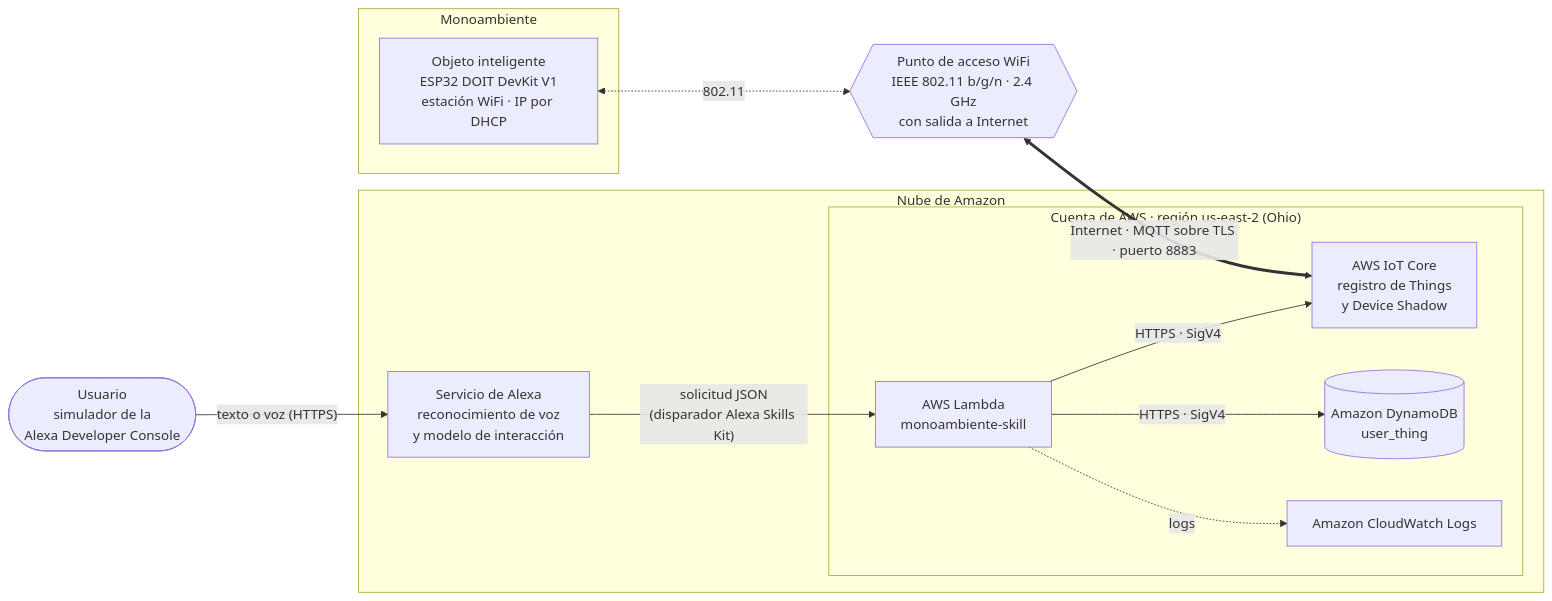
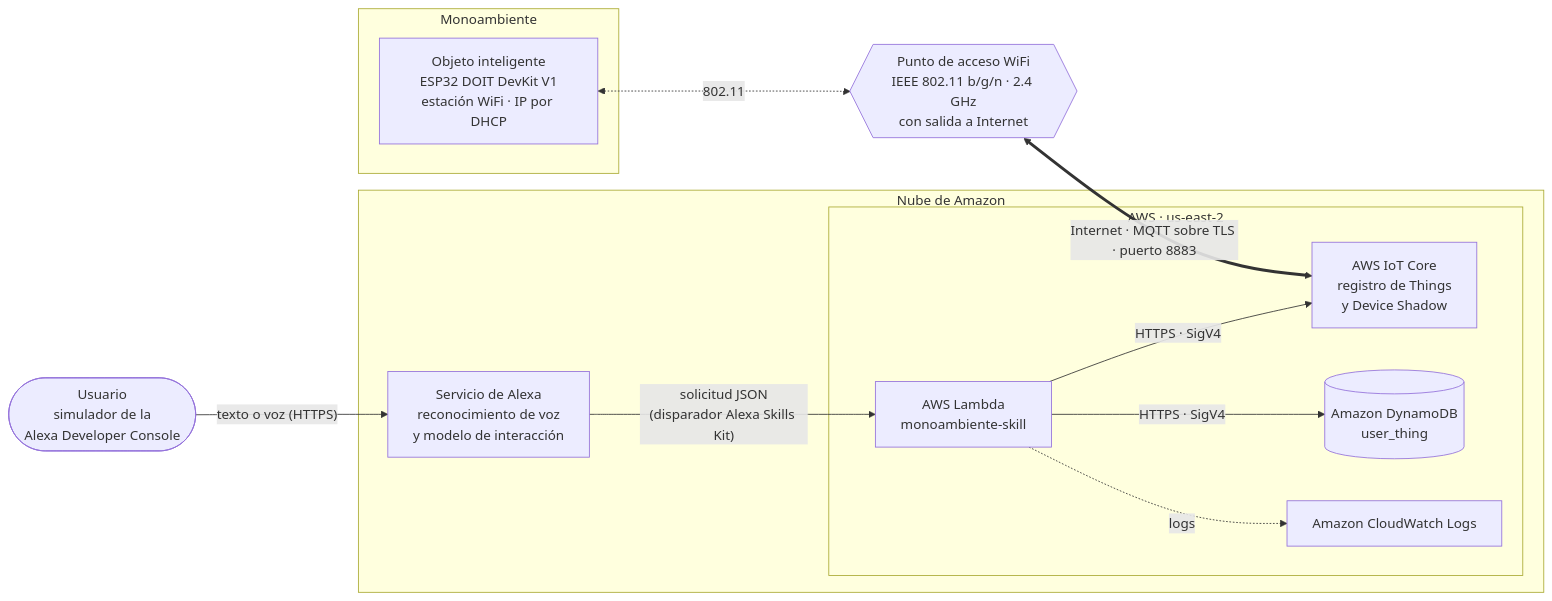
One commit to Andres004/FourthProject-AWS-IoT changed the third of 8 diagrams in Informe.md. Above: the diagram before and after it, drawn with Mermaid. The commit also changed other lines of this file, not shown here.

Commit message:
docs(informe): diagramas de clases del firmware y de la Lambda

````diff
--- a/Informe.md
+++ b/Informe.md
@@ -190,24 +190,24 @@
 ```mermaid
 flowchart LR
     U(["Usuario<br/>simulador de la<br/>Alexa Developer Console"])
     subgraph CASA["Monoambiente"]
         OI["Objeto inteligente<br/>ESP32 DOIT DevKit V1<br/>estación WiFi · IP por DHCP"]
     end
     AP{{"Punto de acceso WiFi<br/>IEEE 802.11 b/g/n · 2.4 GHz<br/>con salida a Internet"}}
     subgraph AMZ["Nube de Amazon"]
         ALX["Servicio de Alexa<br/>reconocimiento de voz<br/>y modelo de interacción"]
-        subgraph AWS["Cuenta de AWS · región us-east-2 (Ohio)"]
+        subgraph AWS["AWS · us-east-2"]
             IOT["AWS IoT Core<br/>registro de Things<br/>y Device Shadow"]
             L["AWS Lambda<br/>monoambiente-skill"]
             DB[("Amazon DynamoDB<br/>user_thing")]
             CW["Amazon CloudWatch Logs"]
         end
     end
     OI <-. "802.11" .-> AP
     AP <== "Internet · MQTT sobre TLS · puerto 8883" ==> IOT
     U -- "texto o voz (HTTPS)" --> ALX
     ALX -- "solicitud JSON<br/>(disparador Alexa Skills Kit)" --> L
     L -- "HTTPS · SigV4" --> IOT
     L -- "HTTPS · SigV4" --> DB
     L -. "logs" .-> CW
 ```
````
